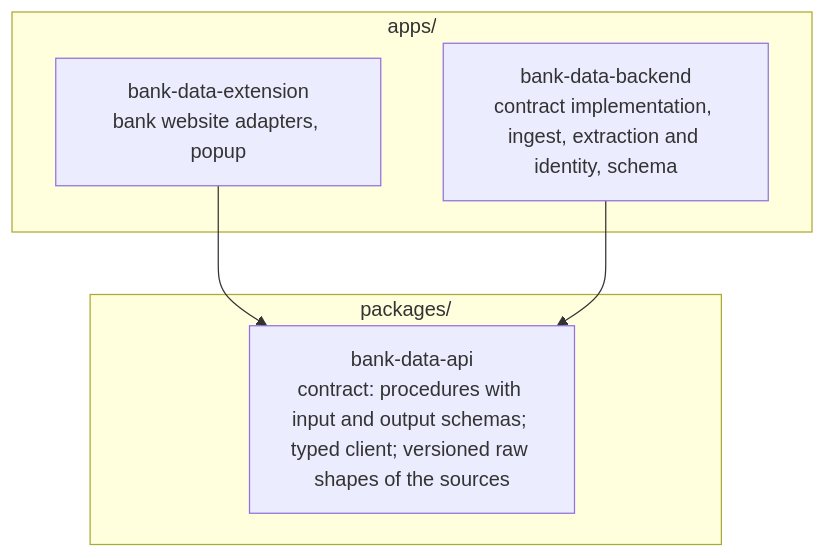
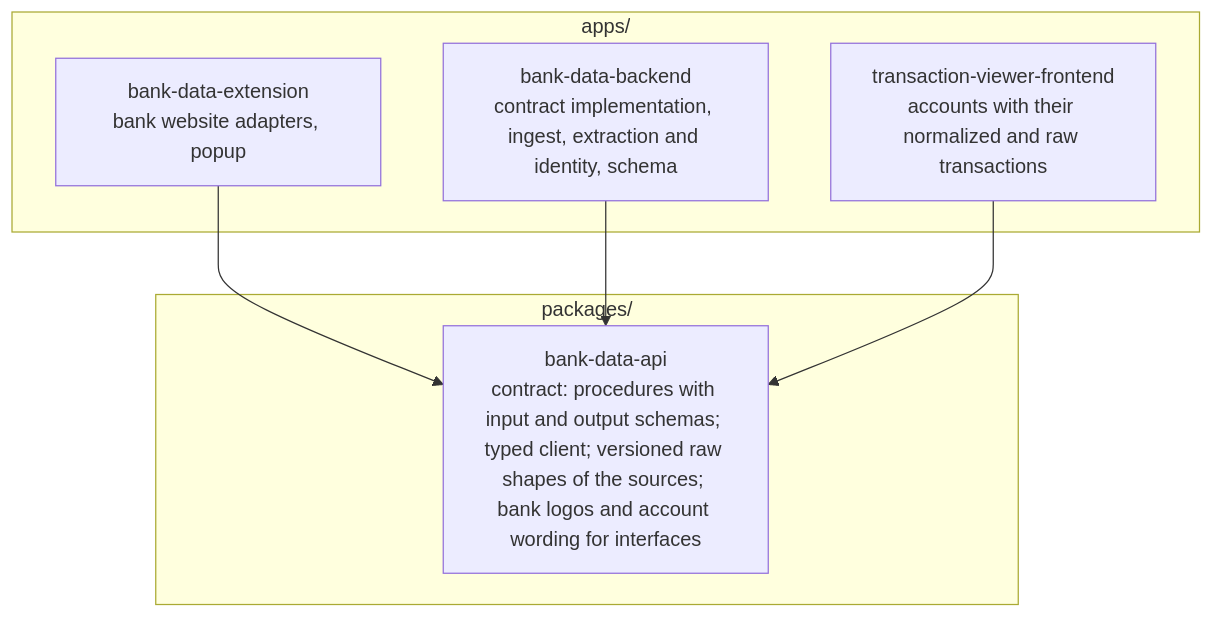
One commit to lennartmoeller/finance-tracker changed the fourth of 5 diagrams in docs/architecture.md. Above: the diagram before and after it, drawn with Mermaid. The commit also changed other lines of this file and 46 other files, not shown here.

Commit message:
feat!: extract transactions and show them in the transaction viewer (#24)

````diff
--- a/docs/architecture.md
+++ b/docs/architecture.md
@@ -113,12 +117,14 @@
 ```mermaid
 flowchart TD
   subgraph apps["apps/"]
     extension["bank-data-extension<br/>bank website adapters, popup"]
     backend["bank-data-backend<br/>contract implementation, ingest, extraction and identity, schema"]
+    viewer["transaction-viewer-frontend<br/>accounts with their normalized and raw transactions"]
   end
   subgraph packages["packages/"]
-    api["bank-data-api<br/>contract: procedures with input and output schemas; typed client; versioned raw shapes of the sources"]
+    api["bank-data-api<br/>contract: procedures with input and output schemas; typed client; versioned raw shapes of the sources; bank logos and account wording for interfaces"]
   end
   extension --> api
   backend --> api
+  viewer --> api
 ```
````
